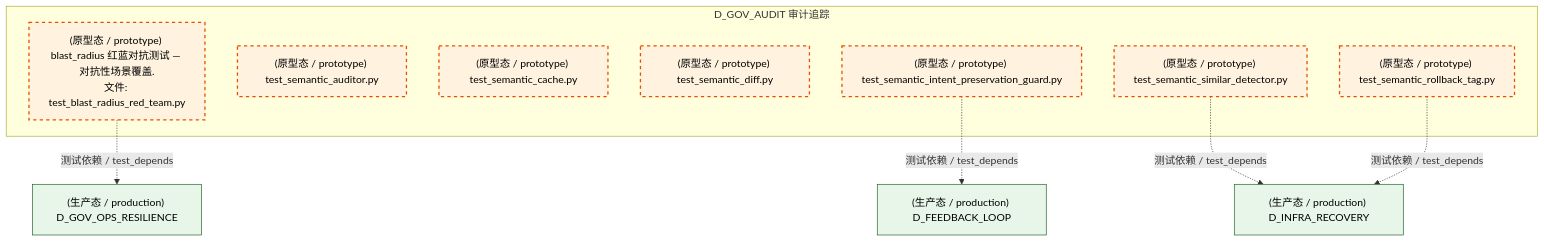
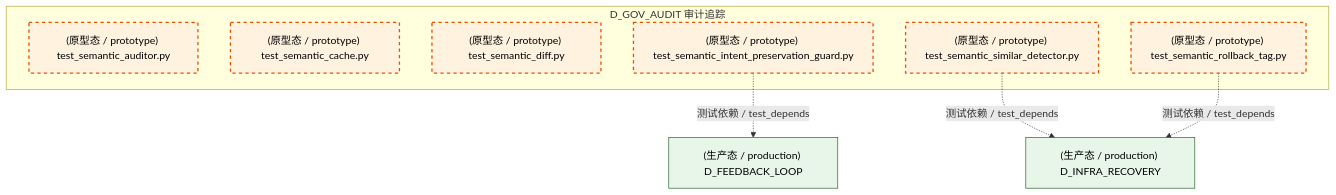
One commit to xuanFelixVan/ZephyrAlpha changed the tenth of 14 diagrams in docs/02_enterprise_architecture/02_domain_architecture_docs/39_d_gov_audit.md. Above: the diagram before and after it, drawn with Mermaid. The commit also changed other lines of this file and 126 other files, not shown here.

````diff
--- a/docs/02_enterprise_architecture/02_domain_architecture_docs/39_d_gov_audit.md
+++ b/docs/02_enterprise_architecture/02_domain_architecture_docs/39_d_gov_audit.md
@@ -965,25 +965,22 @@
 ```mermaid
 graph TD
     subgraph D_GOV_AUDIT["D_GOV_AUDIT 审计追踪"]
-        tests_semantic_auditor_test_blast_radius_red_team_py["(原型态 / prototype) blast_radius 红蓝对抗测试 — 对抗性场景覆盖.<br/>文件: test_blast_radius_red_team.py"]
         tests_semantic_auditor_test_semantic_auditor_py["(原型态 / prototype) test_semantic_auditor.py"]
         tests_semantic_auditor_test_semantic_cache_py["(原型态 / prototype) test_semantic_cache.py"]
         tests_semantic_auditor_test_semantic_diff_py["(原型态 / prototype) test_semantic_diff.py"]
         tests_semantic_auditor_test_semantic_intent_preservation_guard_py["(原型态 / prototype) test_semantic_intent_preservation_guard.py"]
         tests_semantic_auditor_test_semantic_rollback_tag_py["(原型态 / prototype) test_semantic_rollback_tag.py"]
         tests_semantic_auditor_test_semantic_similar_detector_py["(原型态 / prototype) test_semantic_similar_detector.py"]
     end
-    D_GOV_OPS_RESILIENCE["(生产态 / production) D_GOV_OPS_RESILIENCE"]
-    tests_semantic_auditor_test_blast_radius_red_team_py -.->|测试依赖 / test_depends| D_GOV_OPS_RESILIENCE
     D_FEEDBACK_LOOP["(生产态 / production) D_FEEDBACK_LOOP"]
     tests_semantic_auditor_test_semantic_intent_preservation_guard_py -.->|测试依赖 / test_depends| D_FEEDBACK_LOOP
     D_INFRA_RECOVERY["(生产态 / production) D_INFRA_RECOVERY"]
     tests_semantic_auditor_test_semantic_similar_detector_py -.->|测试依赖 / test_depends| D_INFRA_RECOVERY
     tests_semantic_auditor_test_semantic_rollback_tag_py -.->|测试依赖 / test_depends| D_INFRA_RECOVERY
     classDef production fill:#e1f5fe,stroke:#01579b,stroke-width:2px,color:#000
     classDef design fill:#fff3e0,stroke:#e65100,stroke-width:2px,color:#000,stroke-dasharray: 5 5
     classDef external_prod fill:#e8f5e9,stroke:#1b5e20,stroke-width:1px,color:#000
     classDef external_design fill:#fce4ec,stroke:#880e4f,stroke-width:1px,color:#000,stroke-dasharray: 5 5
-    class tests_semantic_auditor_test_blast_radius_red_team_py,tests_semantic_auditor_test_semantic_auditor_py,tests_semantic_auditor_test_semantic_cache_py,tests_semantic_auditor_test_semantic_diff_py,tests_semantic_auditor_test_semantic_intent_preservation_guard_py,tests_semantic_auditor_test_semantic_rollback_tag_py,tests_semantic_auditor_test_semantic_similar_detector_py design
-    class D_GOV_OPS_RESILIENCE,D_FEEDBACK_LOOP,D_INFRA_RECOVERY external_prod
+    class tests_semantic_auditor_test_semantic_auditor_py,tests_semantic_auditor_test_semantic_cache_py,tests_semantic_auditor_test_semantic_diff_py,tests_semantic_auditor_test_semantic_intent_preservation_guard_py,tests_semantic_auditor_test_semantic_rollback_tag_py,tests_semantic_auditor_test_semantic_similar_detector_py design
+    class D_FEEDBACK_LOOP,D_INFRA_RECOVERY external_prod
 ```
````
